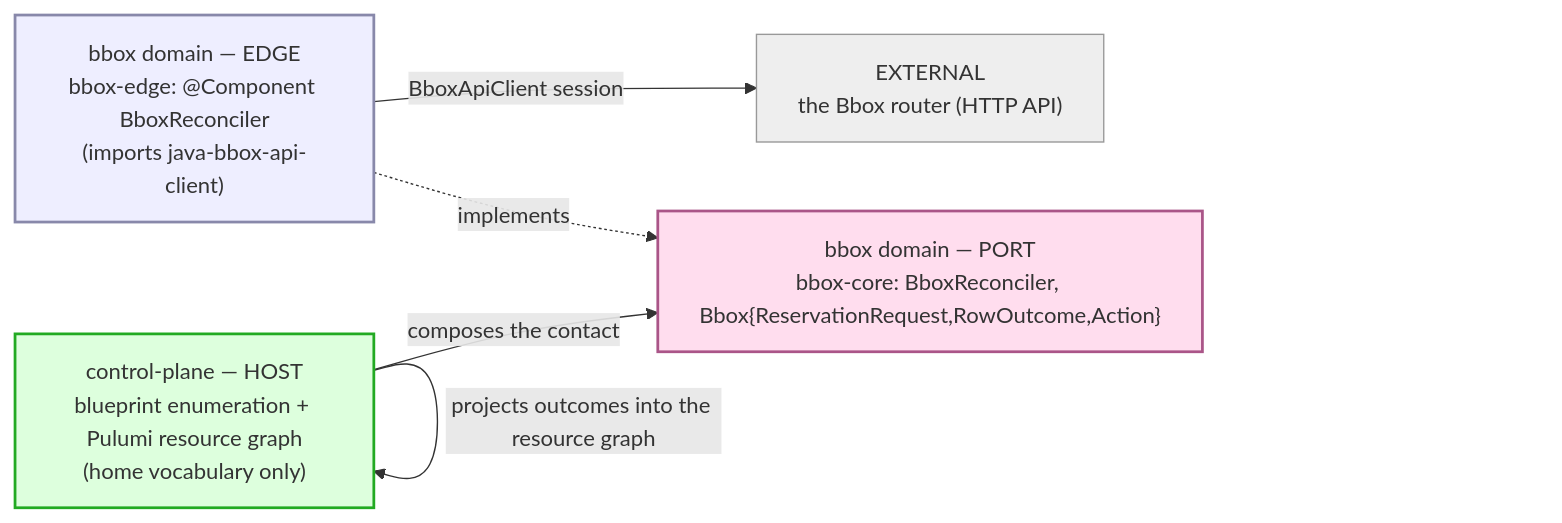
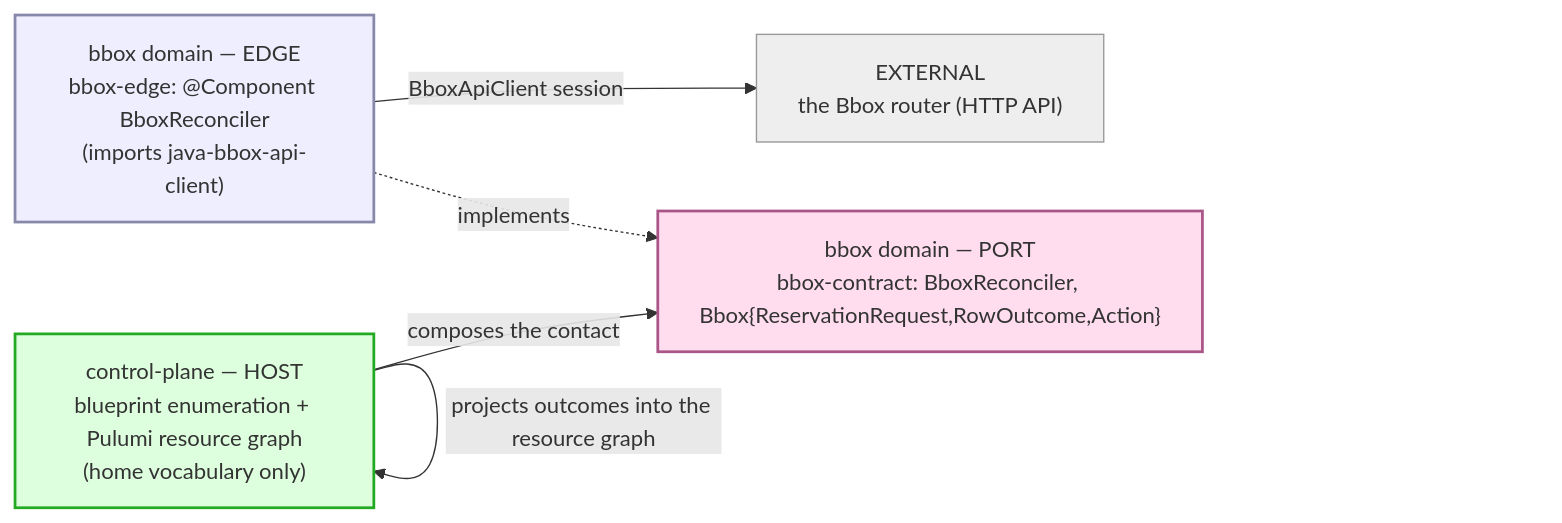
One commit to nxmatic/rke2lab changed the diagram in docs/architecture/osgi/bbox-edge-spec.adoc. Above: the diagram before and after it, drawn with Mermaid. The commit also changed other lines of this file and 39 other files, not shown here.

```diff
--- a/docs/architecture/osgi/bbox-edge-spec.adoc
+++ b/docs/architecture/osgi/bbox-edge-spec.adoc
@@ -45,20 +45,20 @@
 [mermaid]
 ....
 flowchart LR
   world["EXTERNAL<br/>the Bbox router (HTTP API)"]
   edge["bbox domain — EDGE<br/>bbox-edge: @Component BboxReconciler<br/>(imports java-bbox-api-client)"]
-  bport["bbox domain — PORT<br/>bbox-core: BboxReconciler, Bbox{ReservationRequest,RowOutcome,Action}"]
+  bport["bbox domain — PORT<br/>bbox-contract: BboxReconciler, Bbox{ReservationRequest,RowOutcome,Action}"]
   host["control-plane — HOST<br/>blueprint enumeration + Pulumi resource graph<br/>(home vocabulary only)"]
   edge -->|BboxApiClient session| world
   edge -.->|implements| bport
   host -->|composes the contact| bport
   host -->|projects outcomes into the resource graph| host
   classDef e fill:#eef,stroke:#88a,stroke-width:2px;
   classDef p fill:#fde,stroke:#a58,stroke-width:2px;
   classDef h fill:#dfd,stroke:#2a2,stroke-width:2px;
   classDef w fill:#eee,stroke:#999,stroke-width:1px;
   class edge e;
   class bport p;
   class host h;
   class world w;
 ....
```
